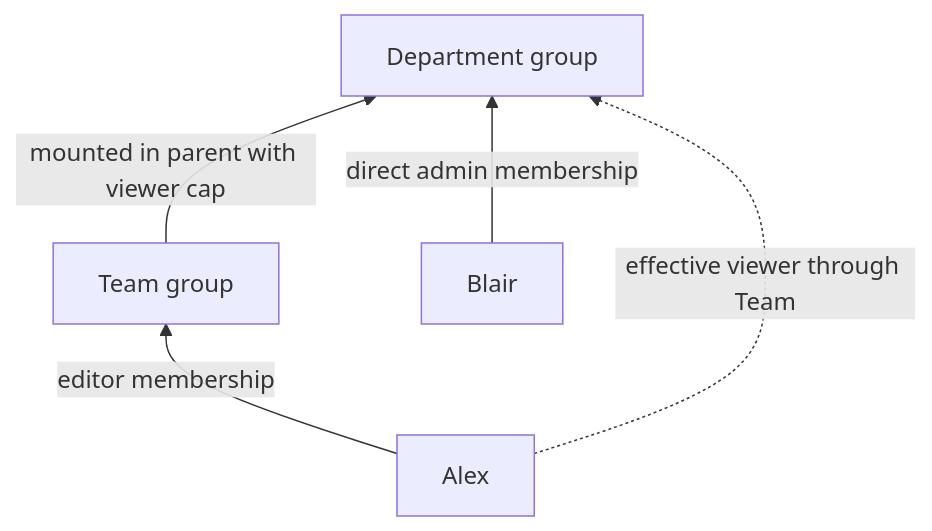
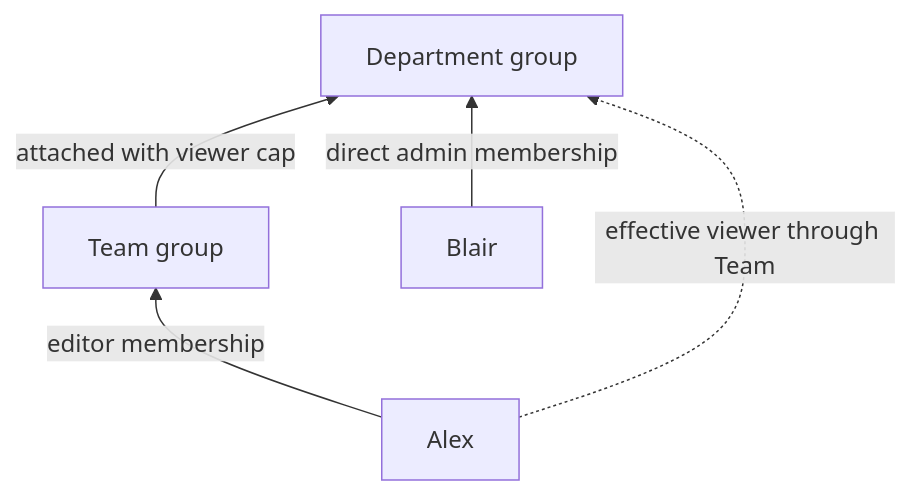
Before and after one commit to Aquilo-Solution-S/Proxiima: the first of 5 diagrams in docs/concepts.md, drawn with Mermaid. The commit also changed other lines of this file, not shown here.

````diff
--- a/docs/concepts.md
+++ b/docs/concepts.md
@@ -159,7 +150,7 @@
 ```mermaid
 flowchart BT
     A["Alex"] -->|editor membership| T["Team group"]
-    T -->|mounted in parent with viewer cap| P["Department group"]
+    T -->|attached with viewer cap| P["Department group"]
     B["Blair"] -->|direct admin membership| P
     A -.->|effective viewer through Team| P
 ```
````
